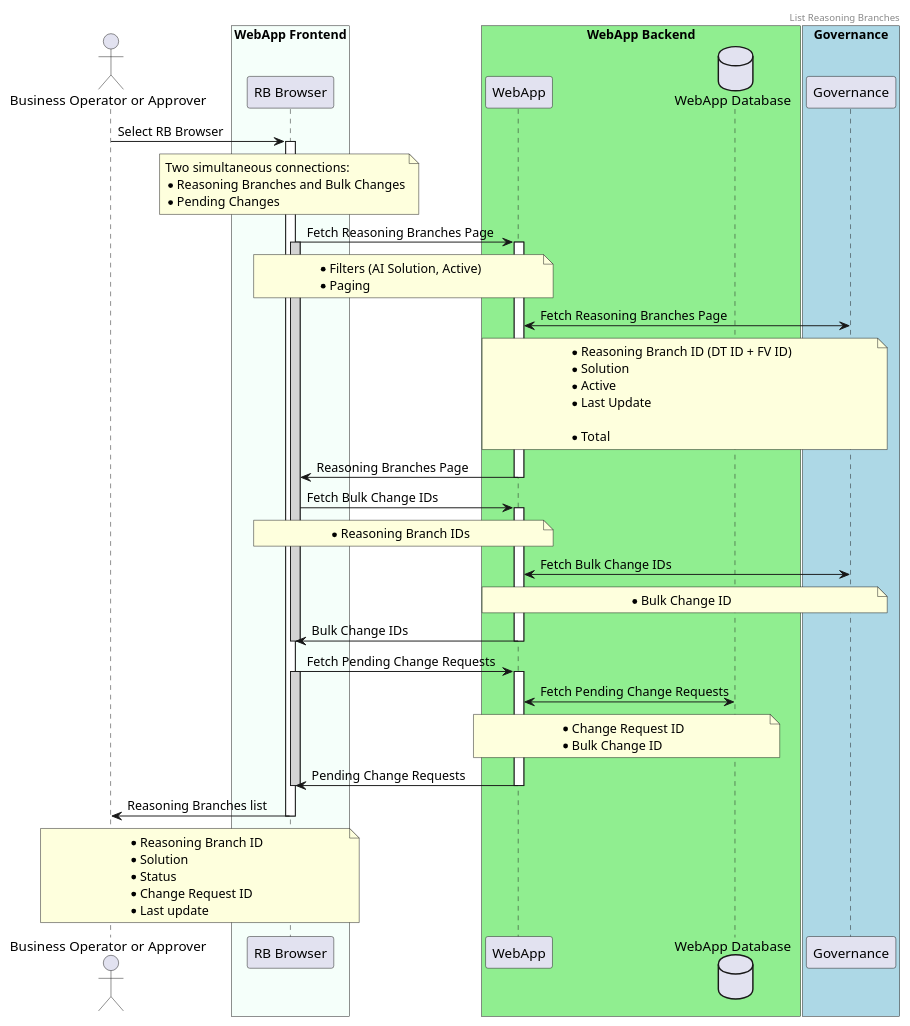
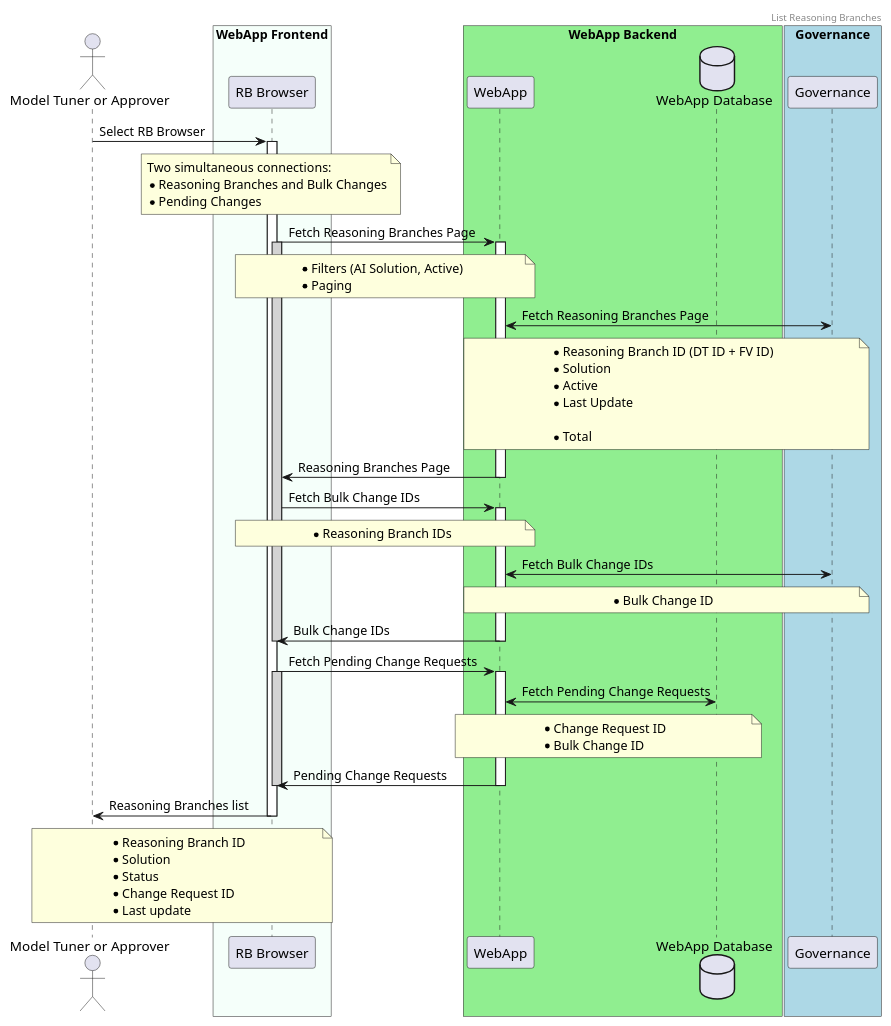
One commit to ngraczykowski/iris-root changed the diagram in modules/webapp/sens-webapp-documentation/src/docs/asciidoc/hld/2020-06-12_reasoningbranch-list.adoc. Above: the diagram before and after it, drawn with PlantUML. The commit also changed other lines of this file and 55 other files, not shown here.

```diff
--- a/modules/webapp/sens-webapp-documentation/src/docs/asciidoc/hld/2020-06-12_reasoningbranch-list.adoc
+++ b/modules/webapp/sens-webapp-documentation/src/docs/asciidoc/hld/2020-06-12_reasoningbranch-list.adoc
@@ -8,7 +8,7 @@
 @startuml
 header List Reasoning Branches
 
-actor BOA as "Business Operator or Approver"
+actor BOA as "Model Tuner or Approver"
 
 box "WebApp Frontend" #MintCream
     participant Frontend as "RB Browser"
```
